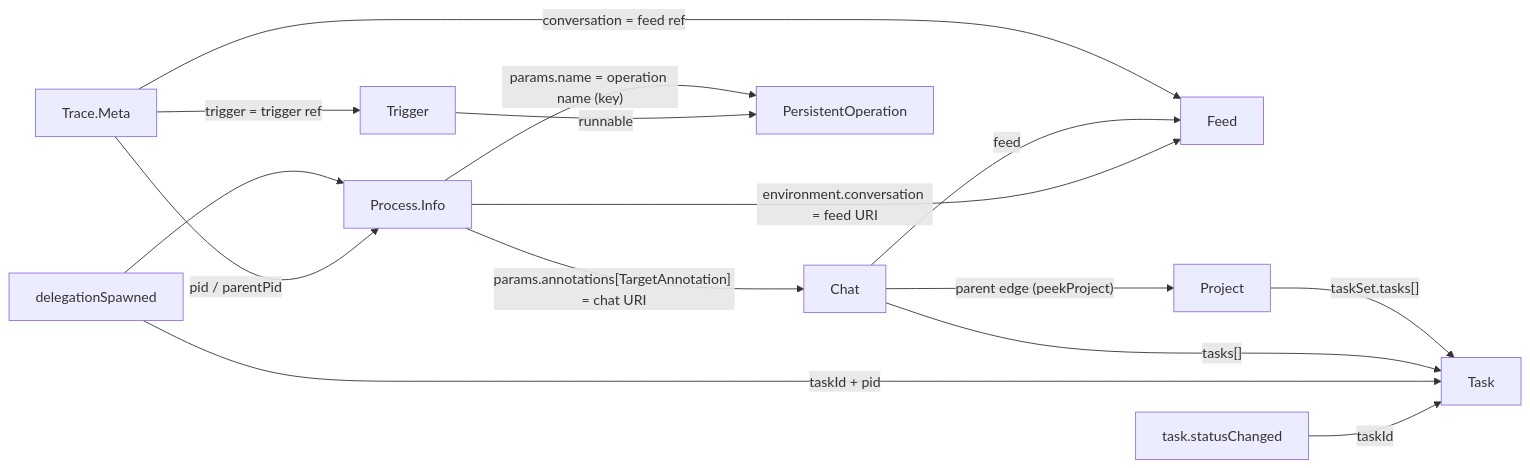
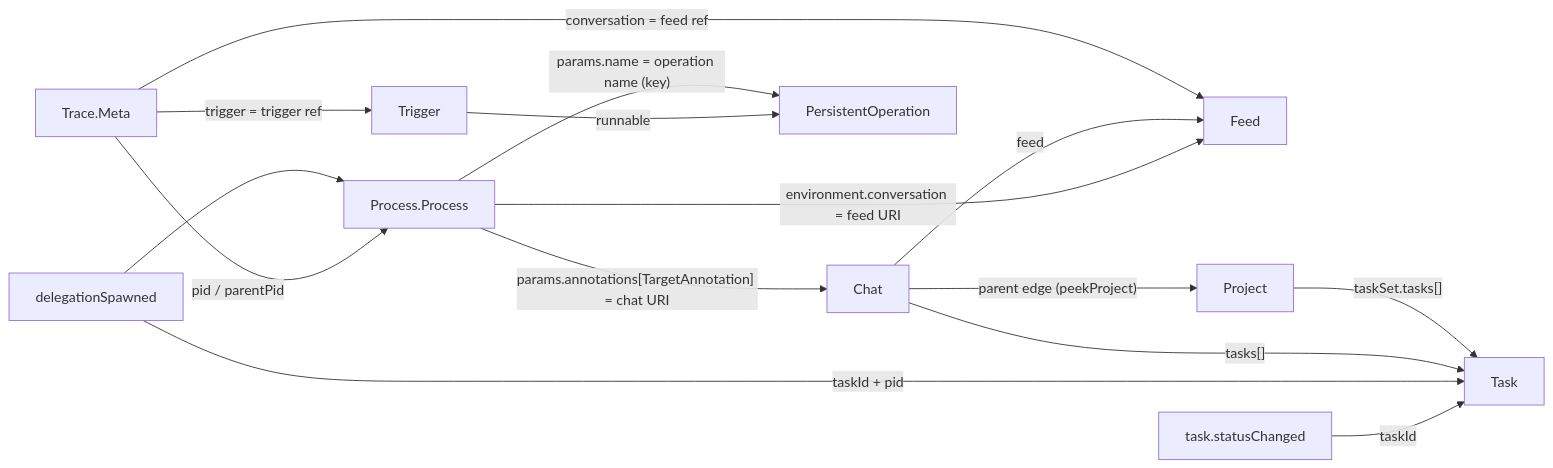
The second of 9 diagrams in packages/plugins/plugin-assistant/docs/ACTIVITY.md (dxos/dxos), drawn with Mermaid before and after one commit. The commit also changed other lines of this file and 54 other files, not shown here.

````diff
--- a/packages/plugins/plugin-assistant/docs/ACTIVITY.md
+++ b/packages/plugins/plugin-assistant/docs/ACTIVITY.md
@@ -124,17 +124,17 @@
 ```mermaid
 flowchart LR
-  P[Process.Info] -- "params.annotations[TargetAnnotation] = chat URI" --> C[Chat]
+  P[Process.Process] -- "params.annotations[TargetAnnotation] = chat URI" --> C[Chat]
   P -- "environment.conversation = feed URI" --> F[Feed]
   C -- "feed" --> F
   T[Trace.Meta] -- "conversation = feed ref" --> F
   T -- "pid / parentPid" --> P
   E1[task.statusChanged] -- "taskId" --> K[Task]
   E2[delegationSpawned] -- "taskId + pid" --> K
   E2 --> P
   C -- "tasks[]" --> K
   C -- "parent edge (peekProject)" --> J[Project]
   J -- "taskSet.tasks[]" --> K
   T -- "trigger = trigger ref" --> G[Trigger]
   G -- "runnable" --> O[PersistentOperation]
   P -- "params.name = operation name (key)" --> O
 ```
````
